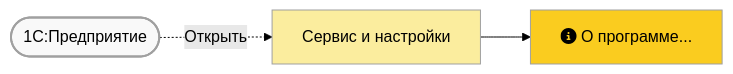
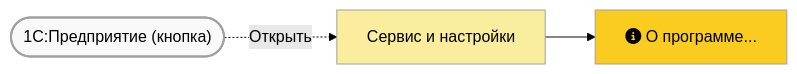
The first of 3 diagrams in faq/crash/main-white-window.md (lugovoe/manual), drawn with Mermaid (forest theme) before and after one commit. The commit also changed other lines of this file, not shown here.

````diff
--- a/faq/crash/main-white-window.md
+++ b/faq/crash/main-white-window.md
@@ -28,11 +28,11 @@
 ``` mermaid
 flowchart LR
-  b1([1С:Предприятие]);
+  b1(["1С:Предприятие (кнопка)"]);
   b1 -. Открыть .-> m1[Сервис и настройки];
   m1 --> m2[fa:fa-info-circle О программе...];
   classDef default fill:#facc1f,stroke:#a0a0a0,stroke-width:1px;
   classDef button fill:#f9f9f9,stroke-width:2px;
   classDef mainmenu fill:#fbed9e;
   class b1 button;
   class m1 mainmenu;
 ```
````
